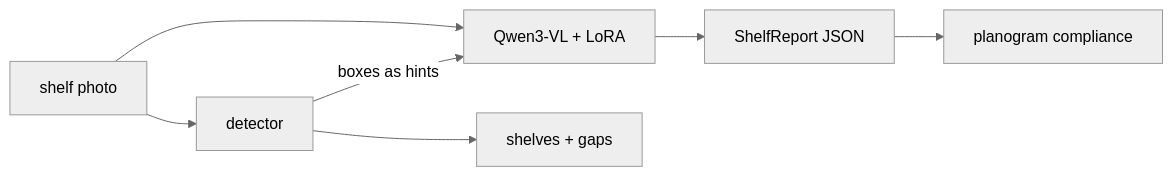
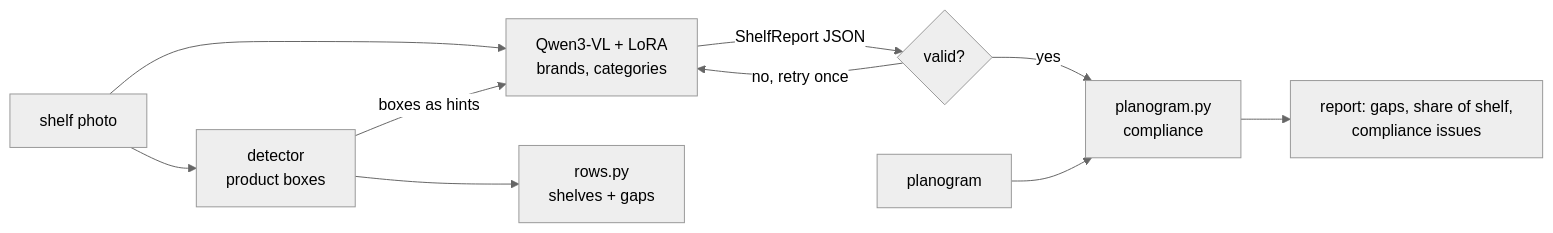
One commit to yogesh660/shelf-vlm changed the first of 2 diagrams in README.md. Above: the diagram before and after it, drawn with Mermaid (neutral theme). The commit also changed other lines of this file, not shown here.

````diff
--- a/README.md
+++ b/README.md
@@ -31,9 +90,12 @@
 ```mermaid
 flowchart LR
-    IMG[shelf photo] --> DET[detector]
-    IMG --> VLM[Qwen3-VL + LoRA]
+    IMG[shelf photo] --> DET[detector<br/>product boxes]
+    IMG --> VLM[Qwen3-VL + LoRA<br/>brands, categories]
     DET -- boxes as hints --> VLM
-    DET --> ROWS[shelves + gaps]
-    VLM --> REP[ShelfReport JSON]
-    REP --> CMP[planogram compliance]
+    DET --> ROWS[rows.py<br/>shelves + gaps]
+    VLM -- ShelfReport JSON --> VAL{valid?}
+    VAL -- no, retry once --> VLM
+    VAL -- yes --> CMP[planogram.py<br/>compliance]
+    PLAN[planogram] --> CMP
+    CMP --> OUT[report: gaps, share of shelf,<br/>compliance issues]
 ```
````
